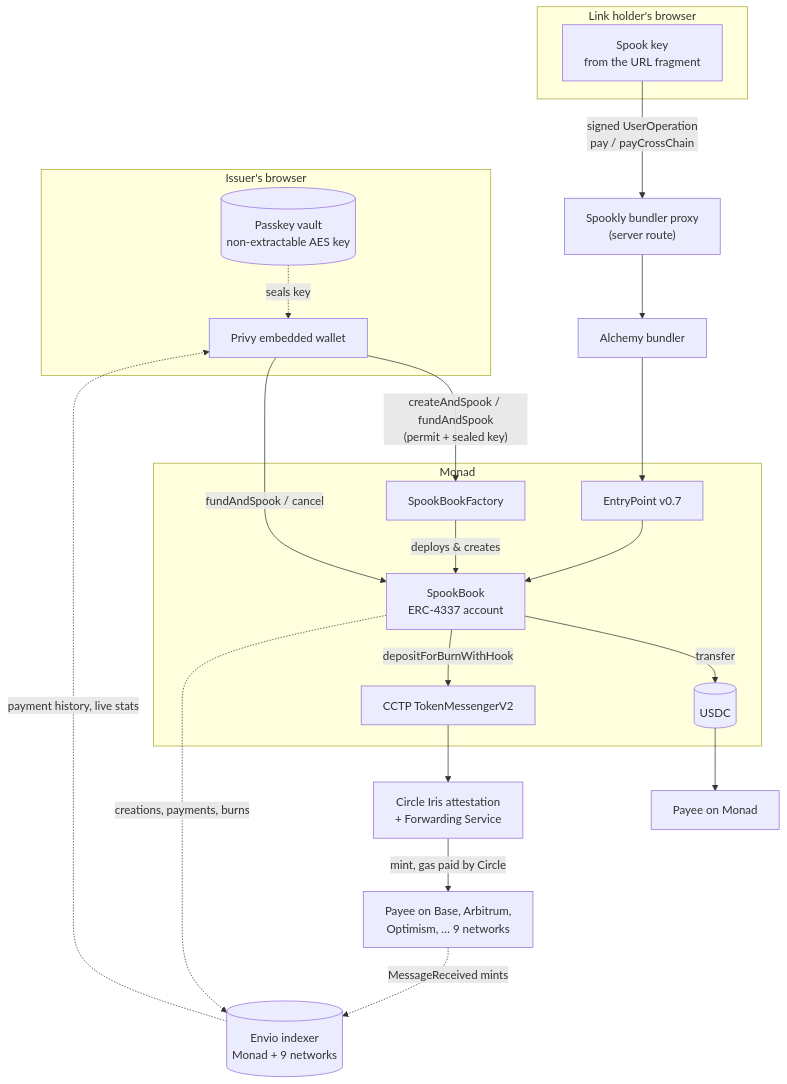
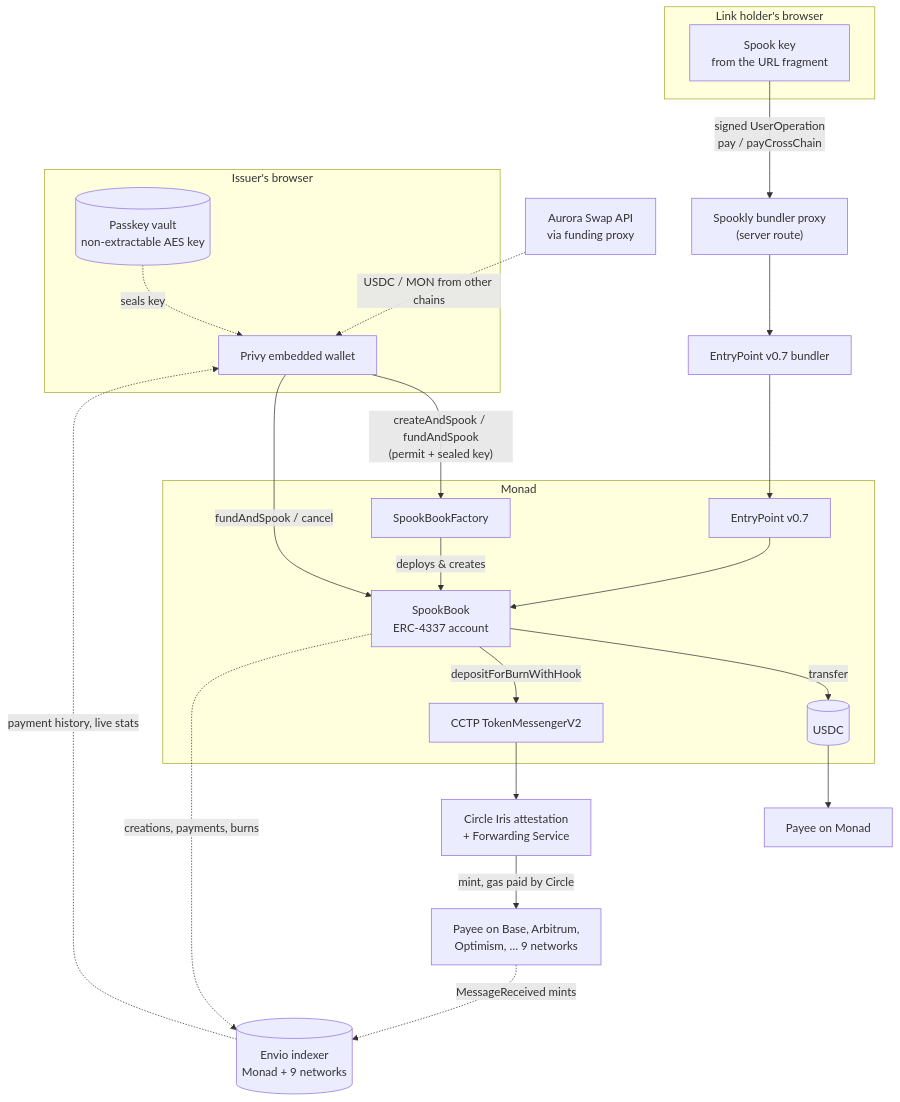
One commit to emeieiron/spookly changed the first of 2 diagrams in README.md. Above: the diagram before and after it, drawn with Mermaid. The commit also changed other lines of this file and 2 other files, not shown here.

````diff
--- a/README.md
+++ b/README.md
@@ -73,34 +73,36 @@
 ```mermaid
 flowchart TB
     subgraph Issuer["Issuer's browser"]
         W[Privy embedded wallet]
         V[(Passkey vault<br/>non-extractable AES key)]
     end
     subgraph Holder["Link holder's browser"]
         K[Spook key<br/>from the URL fragment]
     end
     subgraph Monad["Monad"]
         F[SpookBookFactory]
         B[SpookBook<br/>ERC-4337 account]
         EP[EntryPoint v0.7]
         U[(USDC)]
         TM[CCTP TokenMessengerV2]
     end
     P["Spookly bundler proxy<br/>(server route)"]
-    A[Alchemy bundler]
+    A[EntryPoint v0.7 bundler]
     C[Circle Iris attestation<br/>+ Forwarding Service]
     D[Payee on Base, Arbitrum,<br/>Optimism, … 9 networks]
     M[Payee on Monad]
+    AU[Aurora Swap API<br/>via funding proxy]
 
     W -- "createAndSpook / fundAndSpook<br/>(permit + sealed key)" --> F
     F -- deploys & creates --> B
     W -- "fundAndSpook / cancel" --> B
     V -. seals key .-> W
+    AU -. "USDC / MON from other chains" .-> W
     K -- "signed UserOperation<br/>pay / payCrossChain" --> P --> A --> EP --> B
     B -- transfer --> U --> M
     B -- "depositForBurnWithHook" --> TM --> C -- "mint, gas paid by Circle" --> D
     X[(Envio indexer<br/>Monad + 9 networks)]
     B -. "creations, payments, burns" .-> X
     D -. "MessageReceived mints" .-> X
     X -. "payment history, live stats" .-> W
 ```
````
